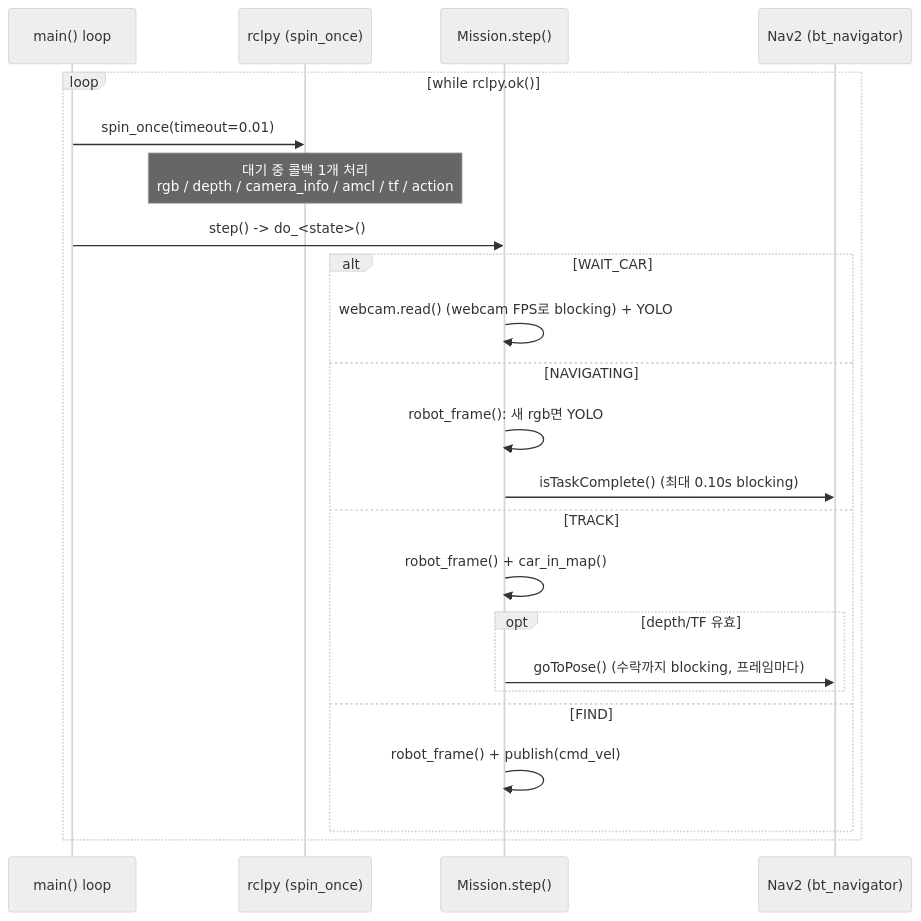
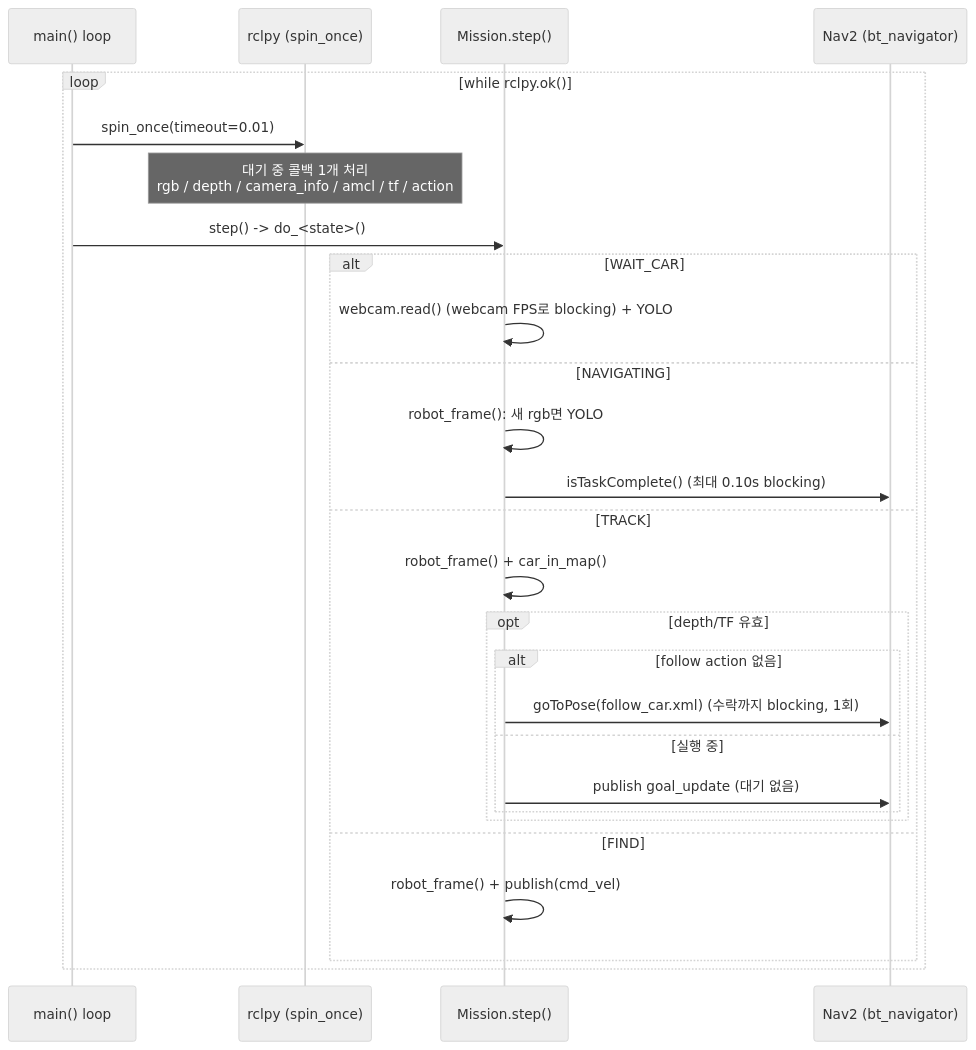
One commit to choicsh/cobot4_ws_miniproject changed the sixth of 7 diagrams in docs/architecture.md. Above: the diagram before and after it, drawn with Mermaid (neutral theme). The commit also changed other lines of this file and 4 other files, not shown here.

First line of the commit message:
feat(mission): TRACK을 Nav2 follow_point BT로 (action 1회 + goal_update 토픽)

````diff
--- a/docs/architecture.md
+++ b/docs/architecture.md
@@ -183,26 +187,30 @@
 ```mermaid
 sequenceDiagram
     participant L as main() loop
     participant E as rclpy (spin_once)
     participant M as Mission.step()
     participant N as Nav2 (bt_navigator)
 
     loop while rclpy.ok()
         L->>E: spin_once(timeout=0.01)
         Note over E: 대기 중 콜백 1개 처리<br/>rgb / depth / camera_info / amcl / tf / action
         L->>M: step() -> do_<state>()
         alt WAIT_CAR
             M->>M: webcam.read() (webcam FPS로 blocking) + YOLO
         else NAVIGATING
             M->>M: robot_frame(): 새 rgb면 YOLO
             M->>N: isTaskComplete() (최대 0.10s blocking)
         else TRACK
             M->>M: robot_frame() + car_in_map()
             opt depth/TF 유효
-                M->>N: goToPose() (수락까지 blocking, 프레임마다)
+                alt follow action 없음
+                    M->>N: goToPose(follow_car.xml) (수락까지 blocking, 1회)
+                else 실행 중
+                    M->>N: publish goal_update (대기 없음)
+                end
             end
         else FIND
             M->>M: robot_frame() + publish(cmd_vel)
         end
     end
 ```
````
